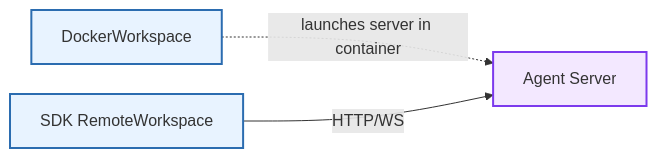
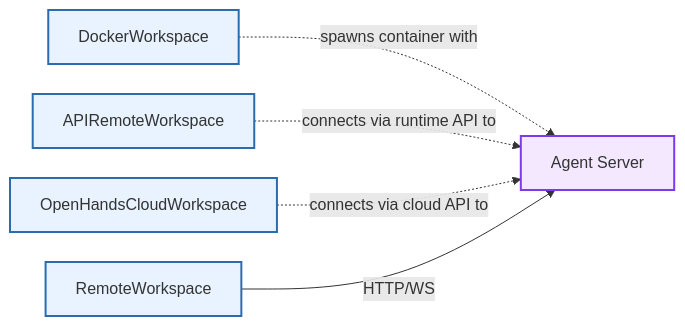
The third of 3 diagrams in sdk/arch/agent-server.mdx (OpenHands/docs), drawn with Mermaid before and after one commit. The commit also changed other lines of this file and 5 other files, not shown here.

First line of the commit message:
docs: consolidate agent-server architecture and guides pages

````diff
--- a/sdk/arch/agent-server.mdx
+++ b/sdk/arch/agent-server.mdx
@@ -228,16 +124,20 @@
 ```mermaid
 %%{init: {"theme": "default", "flowchart": {"nodeSpacing": 30}} }%%
 flowchart LR
     Server[Agent Server]
-    SDK[SDK RemoteWorkspace]
+    Remote[RemoteWorkspace]
     Docker[DockerWorkspace]
+    API[APIRemoteWorkspace]
+    Cloud[OpenHandsCloudWorkspace]
 
-    Docker -.->|launches server in container| Server
-    SDK -->|HTTP/WS| Server
+    Docker -.->|spawns container with| Server
+    API -.->|connects via runtime API to| Server
+    Cloud -.->|connects via cloud API to| Server
+    Remote -->|HTTP/WS| Server
 
     classDef primary fill:#f3e8ff,stroke:#7c3aed,stroke-width:2px
     classDef secondary fill:#e8f3ff,stroke:#2b6cb0,stroke-width:2px
 
     class Server primary
-    class SDK,Docker secondary
+    class Remote,Docker,API,Cloud secondary
 ```
````
